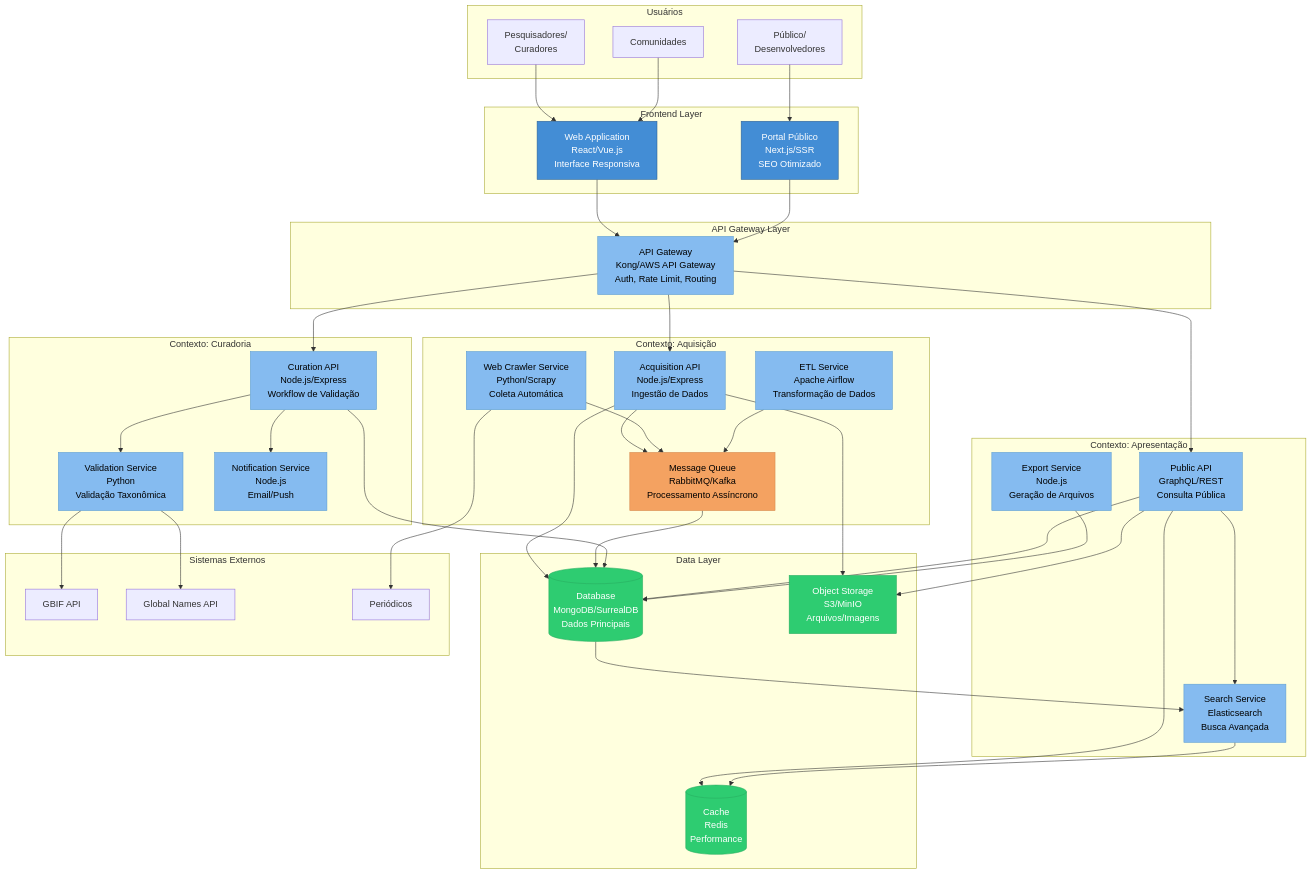
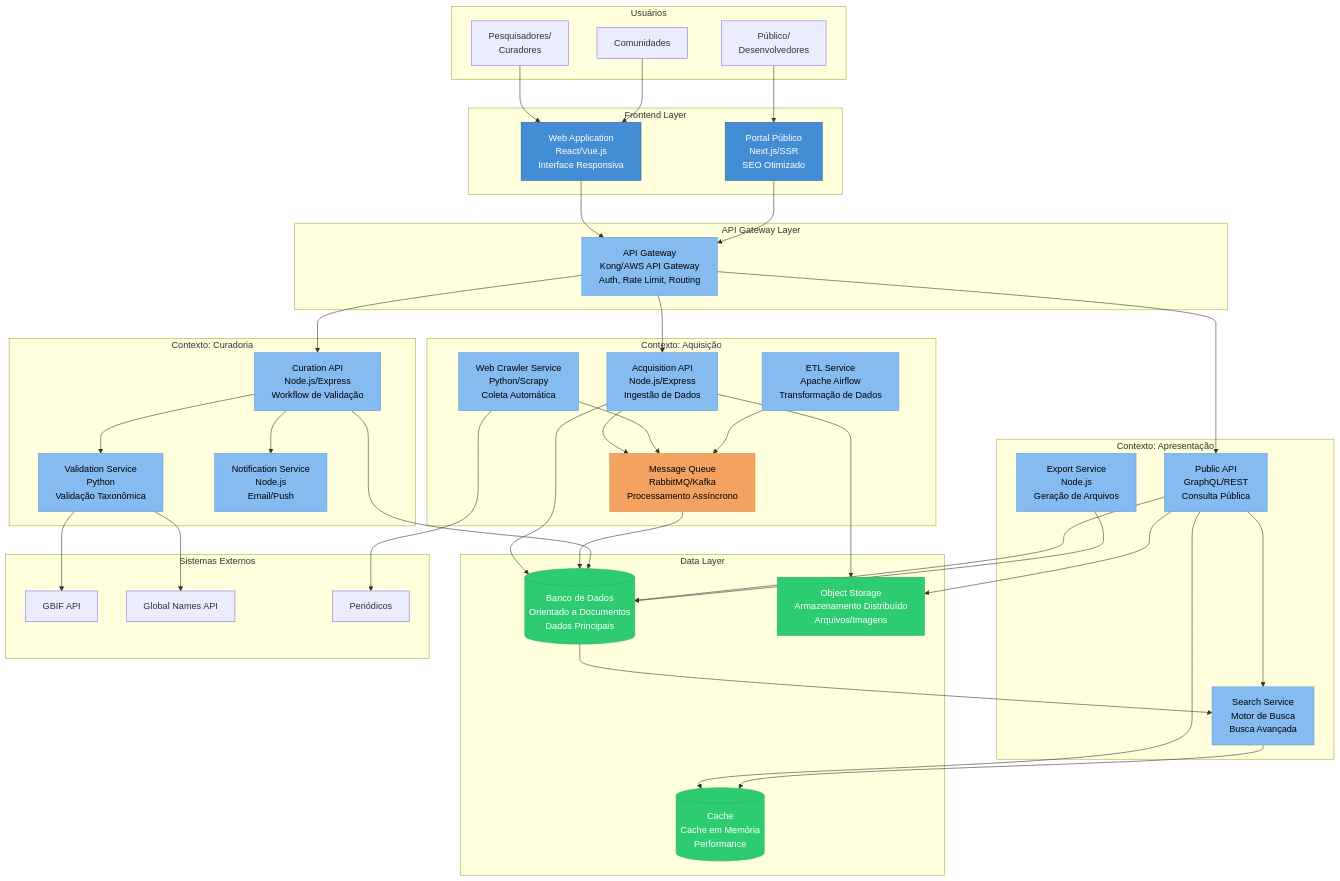
The diagram in docs/c4-model/02-container-diagram.md (edalcin/etnoArquitetura), drawn with Mermaid before and after one commit. The commit also changed other lines of this file and 9 other files, not shown here.

First line of the commit message:
Enhance architecture documentation with integration references and comprehensive bibliography

```diff
--- a/docs/c4-model/02-container-diagram.md
+++ b/docs/c4-model/02-container-diagram.md
@@ -38,14 +38,14 @@
 
     subgraph "Contexto: Apresentação"
         PUB_API[Public API<br/>GraphQL/REST<br/>Consulta Pública]
-        SEARCH[Search Service<br/>Elasticsearch<br/>Busca Avançada]
+        SEARCH[Search Service<br/>Motor de Busca<br/>Busca Avançada]
         EXPORT[Export Service<br/>Node.js<br/>Geração de Arquivos]
     end
 
     subgraph "Data Layer"
-        DB[(Database<br/>MongoDB/SurrealDB<br/>Dados Principais)]
-        CACHE[(Cache<br/>Redis<br/>Performance)]
-        STORAGE[Object Storage<br/>S3/MinIO<br/>Arquivos/Imagens]
+        DB[(Banco de Dados<br/>Orientado a Documentos<br/>Dados Principais)]
+        CACHE[(Cache<br/>Cache em Memória<br/>Performance)]
+        STORAGE[Object Storage<br/>Armazenamento Distribuído<br/>Arquivos/Imagens]
     end
 
     subgraph "Sistemas Externos"
```
